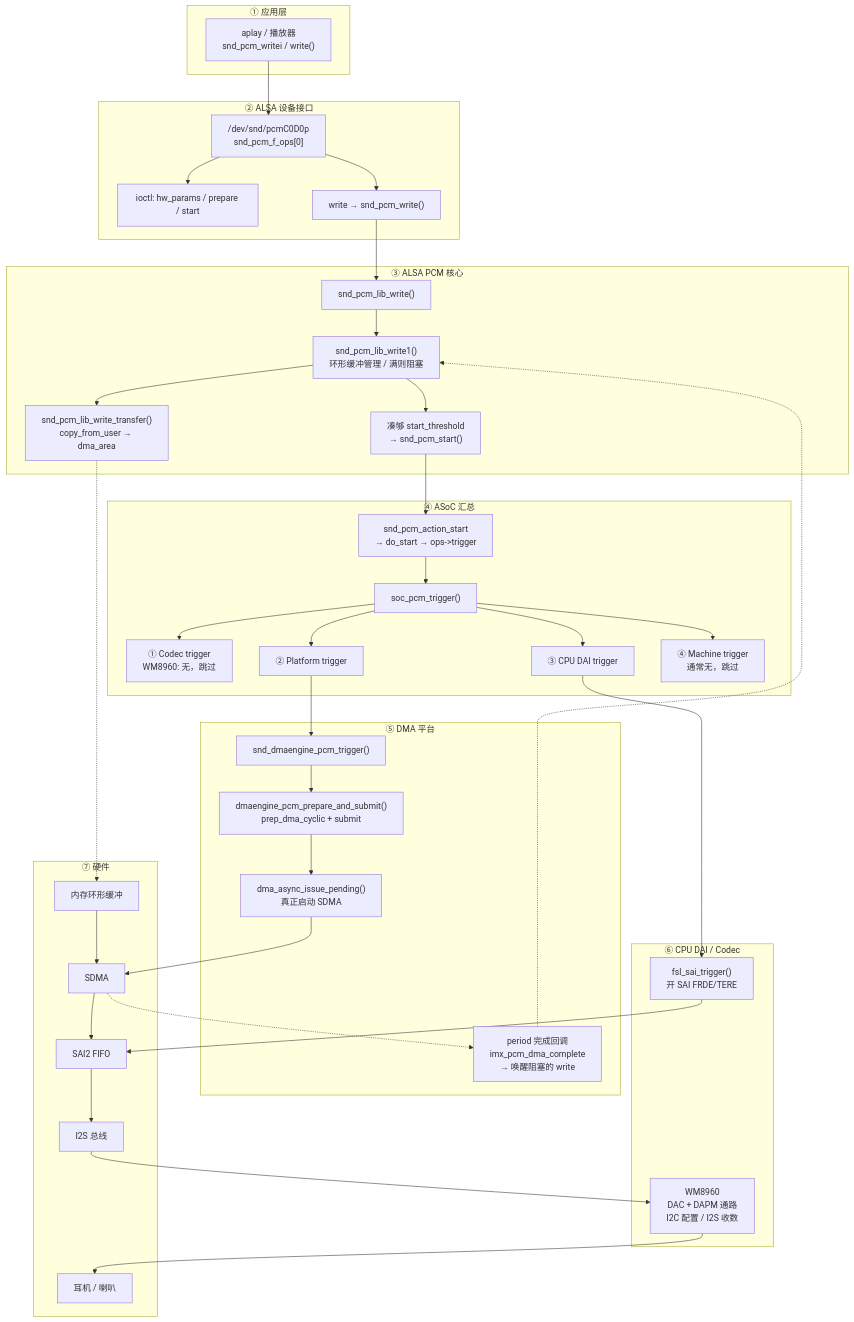
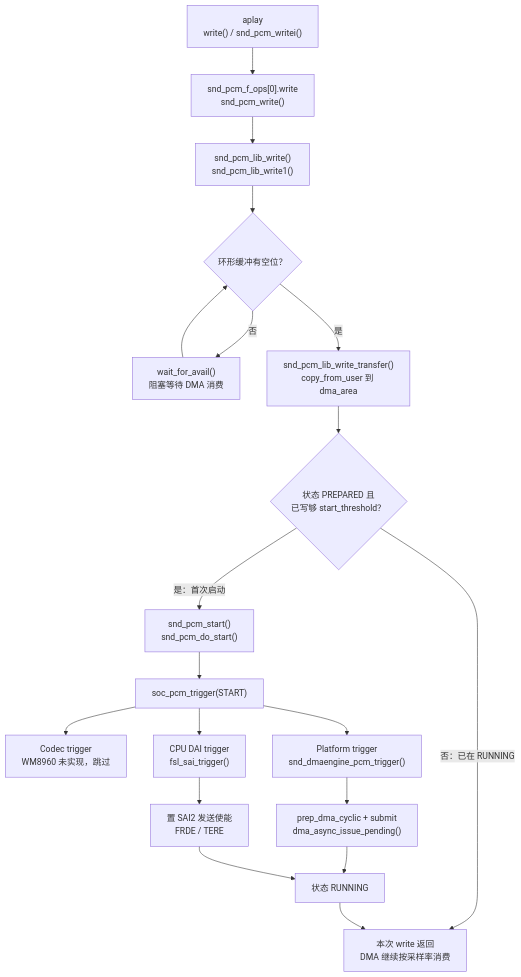
One commit to dengtaowei/blogD changed the first of 2 diagrams in docs/analysis/kernel/sound/imx6ull-audio-playback-flow.md. Above: the diagram before and after it, drawn with Mermaid. The commit also changed other lines of this file and 7 other files, not shown here.

Commit message:
post(sound): 新增 i.MX6ULL 录音路径并重绘播录流程图

````diff
--- a/docs/analysis/kernel/sound/imx6ull-audio-playback-flow.md
+++ b/docs/analysis/kernel/sound/imx6ull-audio-playback-flow.md
@@ -176,65 +181,30 @@
 ```mermaid
 flowchart TB
-  subgraph L1["① 应用层"]
-    A["aplay / 播放器<br/>snd_pcm_writei / write()"]
-  end
+  A["aplay<br/>write() / snd_pcm_writei()"]
+  B["snd_pcm_f_ops[0].write<br/>snd_pcm_write()"]
+  C1["snd_pcm_lib_write()<br/>snd_pcm_lib_write1()"]
+  C2{"环形缓冲有空位？"}
+  C3["wait_for_avail()<br/>阻塞等待 DMA 消费"]
+  C4["snd_pcm_lib_write_transfer()<br/>copy_from_user 到 dma_area"]
+  C5{"状态 PREPARED 且<br/>已写够 start_threshold？"}
+  C6["本次 write 返回<br/>DMA 继续按采样率消费"]
 
-  subgraph L2["② ALSA 设备接口"]
-    B["/dev/snd/pcmC0D0p<br/>snd_pcm_f_ops[0]"]
-    B1["ioctl: hw_params / prepare / start"]
-    B2["write → snd_pcm_write()"]
-  end
+  D0["snd_pcm_start()<br/>snd_pcm_do_start()"]
+  D1["soc_pcm_trigger(START)"]
+  D2["Codec trigger<br/>WM8960 未实现，跳过"]
+  D3["Platform trigger<br/>snd_dmaengine_pcm_trigger()"]
+  D4["CPU DAI trigger<br/>fsl_sai_trigger()"]
+  E1["prep_dma_cyclic + submit<br/>dma_async_issue_pending()"]
+  F1["置 SAI2 发送使能<br/>FRDE / TERE"]
+  Z["状态 RUNNING"]
 
-  subgraph L3["③ ALSA PCM 核心"]
-    C1["snd_pcm_lib_write()"]
-    C2["snd_pcm_lib_write1()<br/>环形缓冲管理 / 满则阻塞"]
-    C3["snd_pcm_lib_write_transfer()<br/>copy_from_user → dma_area"]
-    C4["凑够 start_threshold<br/>→ snd_pcm_start()"]
-  end
-
-  subgraph L4["④ ASoC 汇总"]
-    D0["snd_pcm_action_start<br/>→ do_start → ops->trigger"]
-    D1["soc_pcm_trigger()"]
-    D2["① Codec trigger<br/>WM8960: 无，跳过"]
-    D3["② Platform trigger"]
-    D4["③ CPU DAI trigger"]
-    D5["④ Machine trigger<br/>通常无，跳过"]
-  end
-
-  subgraph L5["⑤ DMA 平台"]
-    E1["snd_dmaengine_pcm_trigger()"]
-    E2["dmaengine_pcm_prepare_and_submit()<br/>prep_dma_cyclic + submit"]
-    E3["dma_async_issue_pending()<br/>真正启动 SDMA"]
-    E4["period 完成回调<br/>imx_pcm_dma_complete<br/>→ 唤醒阻塞的 write"]
-  end
-
-  subgraph L6["⑥ CPU DAI / Codec"]
-    F1["fsl_sai_trigger()<br/>开 SAI FRDE/TERE"]
-    F2["WM8960<br/>DAC + DAPM 通路<br/>I2C 配置 / I2S 收数"]
-  end
-
-  subgraph L7["⑦ 硬件"]
-    G1["内存环形缓冲"]
-    G2["SDMA"]
-    G3["SAI2 FIFO"]
-    G4["I2S 总线"]
-    G5["耳机 / 喇叭"]
-  end
-
-  A --> B
-  B --> B1
-  B --> B2
-  B2 --> C1 --> C2 --> C3
-  C2 --> C4 --> D0 --> D1
+  A --> B --> C1 --> C2
+  C2 -->|否| C3 --> C2
+  C2 -->|是| C4 --> C5
+  C5 -->|"否：已在 RUNNING"| C6
+  C5 -->|"是：首次启动"| D0 --> D1
   D1 --> D2
-  D1 --> D3 --> E1 --> E2 --> E3
-  D1 --> D4 --> F1
-  D1 --> D5
-
-  C3 -.-> G1
-  E3 --> G2
-  G1 --> G2 --> G3
-  F1 --> G3
-  G3 --> G4 --> F2 --> G5
-  G2 -.-> E4 -.-> C2
+  D1 --> D3 --> E1 --> Z
+  D1 --> D4 --> F1 --> Z
+  Z --> C6
 ```
````
